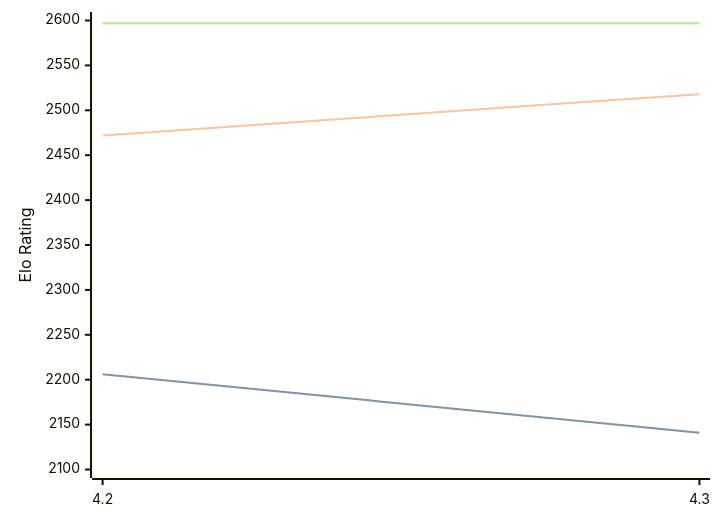
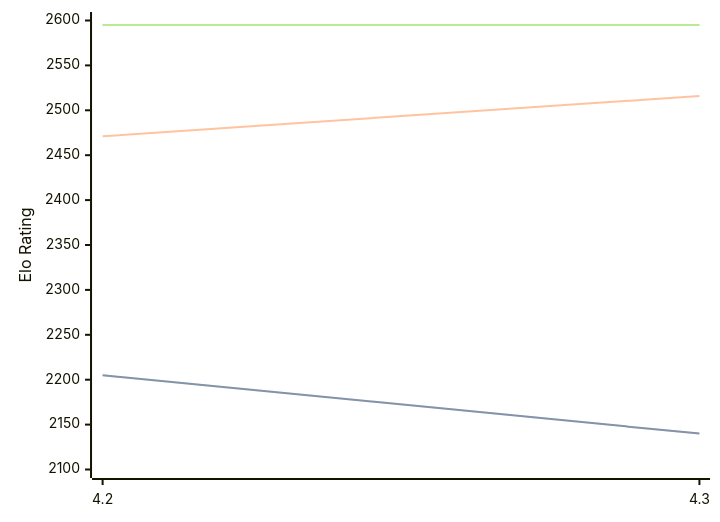
The diagram in engines/Eubos.md (computer-chess-index/cci), drawn with Mermaid before and after one commit. The commit also changed other lines of this file, not shown here.

Commit message:
Update CCI Ratings (ELO VLTC) - 2026-02-18

````diff
--- a/engines/Eubos.md
+++ b/engines/Eubos.md
@@ -85,11 +85,11 @@
 ```mermaid
 %%{init: {"theme":"base","themeVariables":{"seriesColors:['#a3a3a3','#222221','#faa371']}}}%%
 xychart-beta
   x-axis ["4.2", "4.3"]
   y-axis "Elo Rating" 2100 --> 2600
-  line "STC (8.0+0.08s)" [2206, 2141]
-  line "STC (8.0+0.08s)" [2206, 2141]
-  line "LTC (60.0+0.60s)" [2472, 2518]
-  line "VLTC (2m24s+1.12s)" [2597, 2597]
-  line "VLTC (2m24s+1.12s)" [2597, 2597]
+  line "STC (8.0+0.08s)" [2205, 2140]
+  line "STC (8.0+0.08s)" [2205, 2140]
+  line "LTC (60.0+0.60s)" [2471, 2516]
+  line "VLTC (2m24s+1.12s)" [2595, 2595]
+  line "VLTC (2m24s+1.12s)" [2595, 2595]
 ```
````
